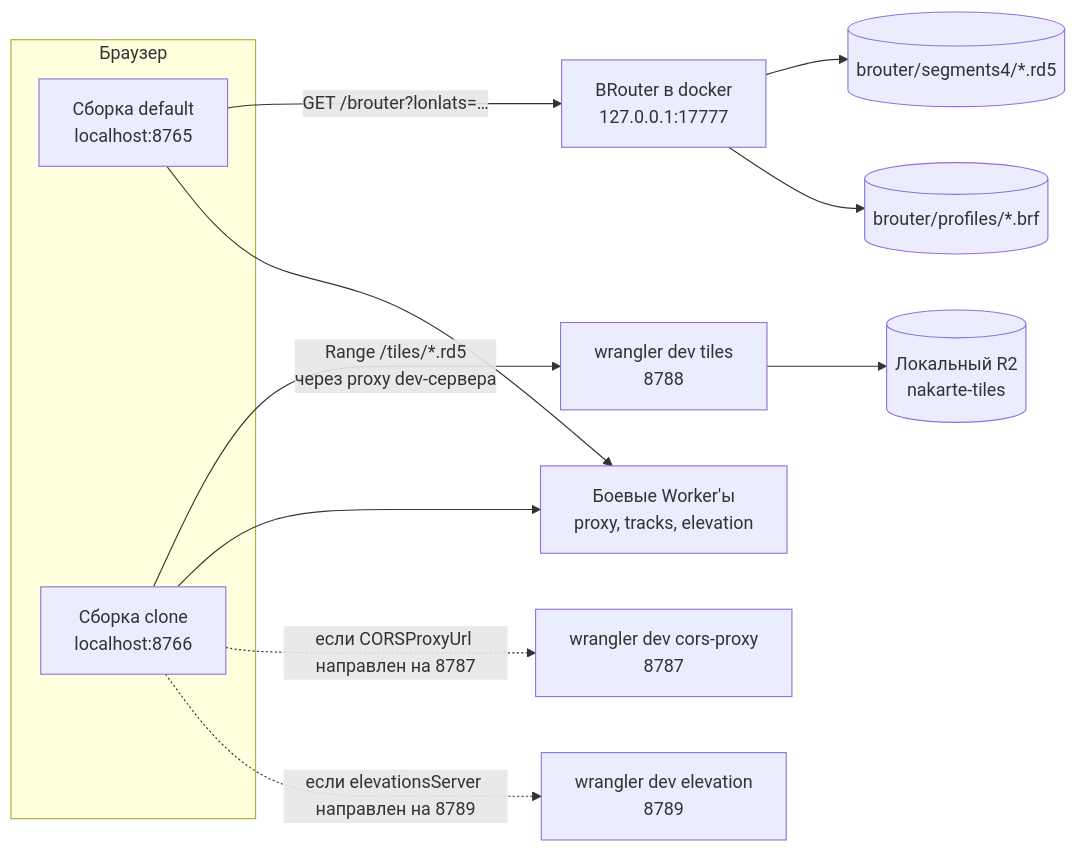
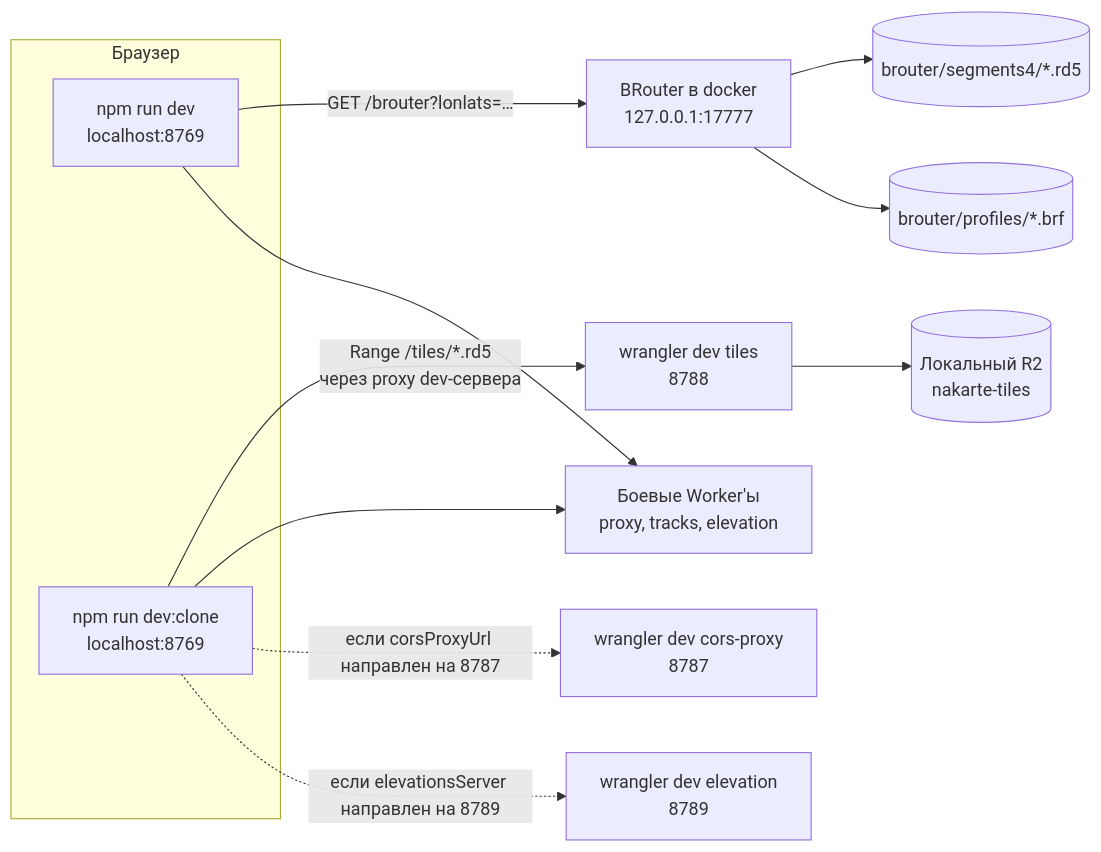
The third of 3 diagrams in docs/architecture/README.md (sergeycw/nakarte), drawn with Mermaid before and after one commit. The commit also changed other lines of this file and 17 other files, not shown here.

````diff
--- a/docs/architecture/README.md
+++ b/docs/architecture/README.md
@@ -136,26 +136,26 @@
 ```mermaid
 flowchart LR
     subgraph browser["Браузер"]
-        s8765["Сборка default<br/>localhost:8765"]
-        s8766["Сборка clone<br/>localhost:8766"]
+        sdev["npm run dev<br/>localhost:8769"]
+        sclone["npm run dev:clone<br/>localhost:8769"]
     end
 
     brouter["BRouter в docker<br/>127.0.0.1:17777"]
     seg[("brouter/segments4/*.rd5")]
     prof[("brouter/profiles/*.brf")]
     wdtiles["wrangler dev tiles<br/>8788"]
     localr2[("Локальный R2<br/>nakarte-tiles")]
     wdproxy["wrangler dev cors-proxy<br/>8787"]
     wdelev["wrangler dev elevation<br/>8789"]
     prod["Боевые Worker'ы<br/>proxy, tracks, elevation"]
 
-    s8765 -->|"GET /brouter?lonlats=…"| brouter
+    sdev -->|"GET /brouter?lonlats=…"| brouter
     brouter --> seg
     brouter --> prof
-    s8766 -->|"Range /tiles/*.rd5<br/>через proxy dev-сервера"| wdtiles
+    sclone -->|"Range /tiles/*.rd5<br/>через proxy dev-сервера"| wdtiles
     wdtiles --> localr2
-    s8765 --> prod
-    s8766 --> prod
-    s8766 -. "если CORSProxyUrl направлен на 8787" .-> wdproxy
-    s8766 -. "если elevationsServer направлен на 8789" .-> wdelev
+    sdev --> prod
+    sclone --> prod
+    sclone -. "если corsProxyUrl направлен на 8787" .-> wdproxy
+    sclone -. "если elevationsServer направлен на 8789" .-> wdelev
 ```
````
